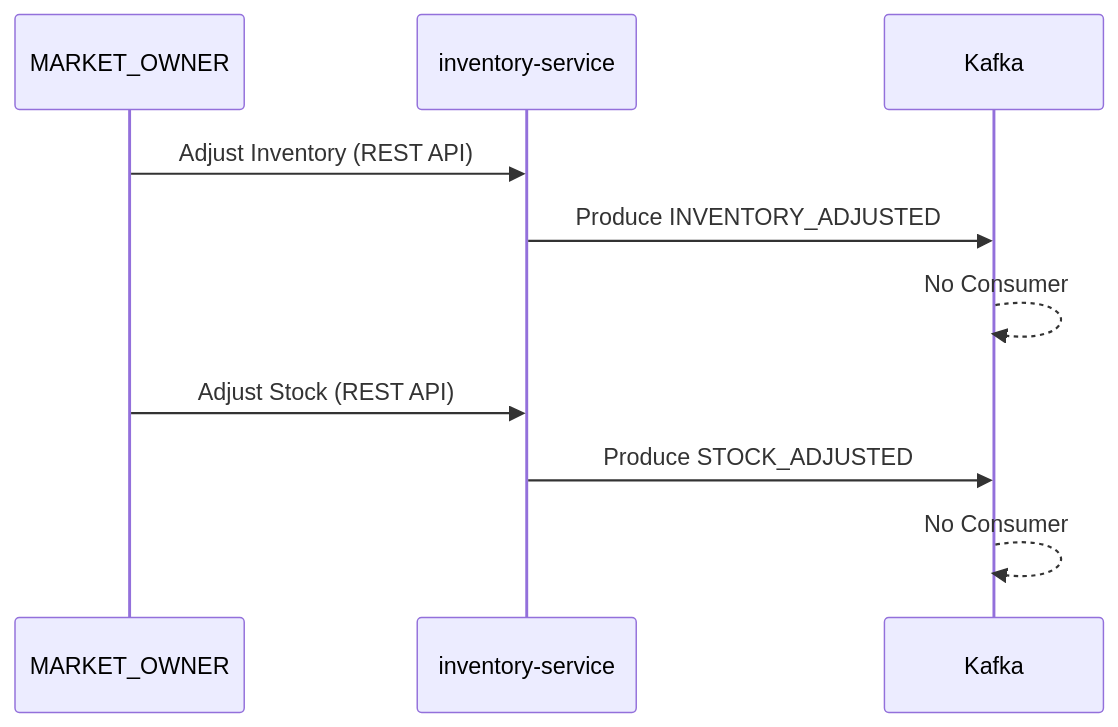
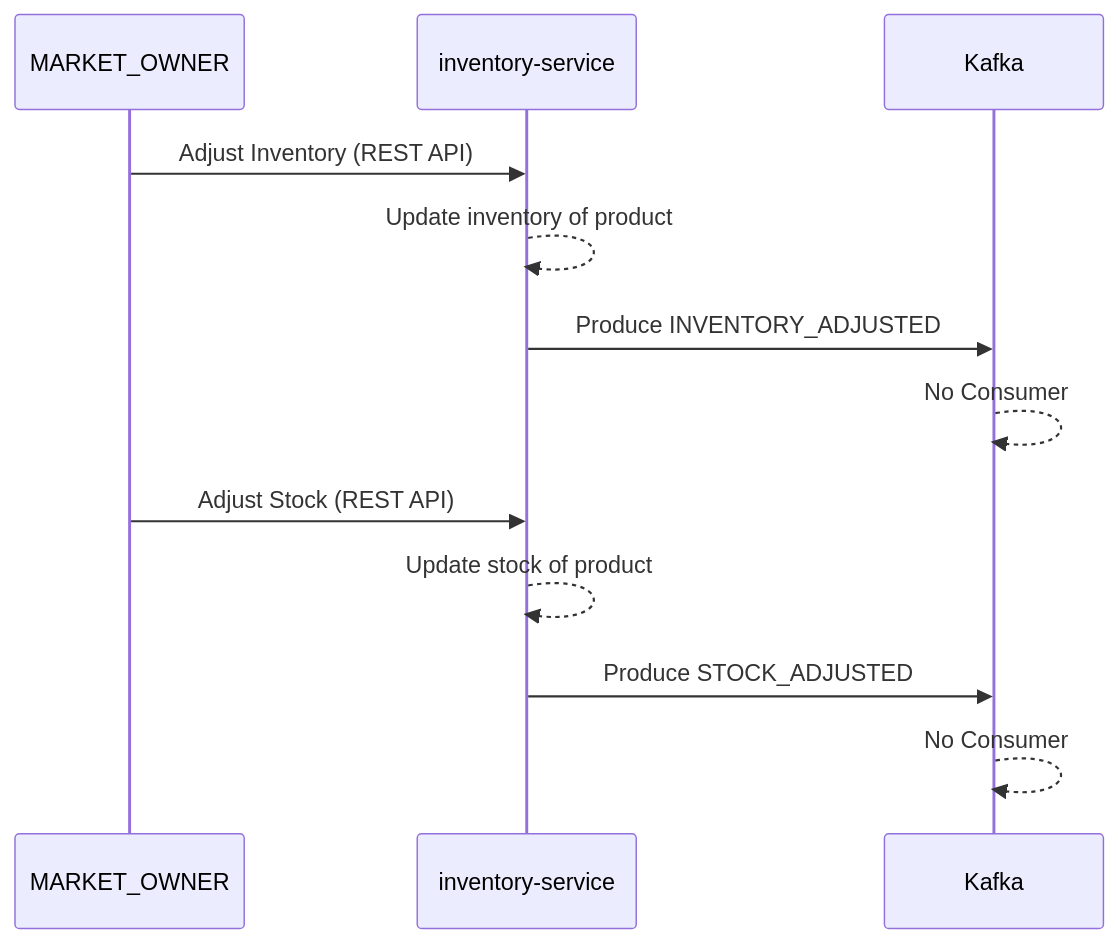
The second of 7 diagrams in documents/FLOWS.md (sevketbuyukdemir/microservices), drawn with Mermaid before and after one commit. The commit also changed other lines of this file and 11 other files, not shown here.

````diff
--- a/documents/FLOWS.md
+++ b/documents/FLOWS.md
@@ -31,14 +33,16 @@
 ```mermaid
 sequenceDiagram
     participant MO as MARKET_OWNER
     participant IS as inventory-service
     participant K as Kafka
 
     MO->>IS: Adjust Inventory (REST API)
+    IS-->>IS: Update inventory of product
     IS->>K: Produce INVENTORY_ADJUSTED
     K-->>K: No Consumer
 
     MO->>IS: Adjust Stock (REST API)
+    IS-->>IS: Update stock of product
     IS->>K: Produce STOCK_ADJUSTED
     K-->>K: No Consumer
 ```
````
